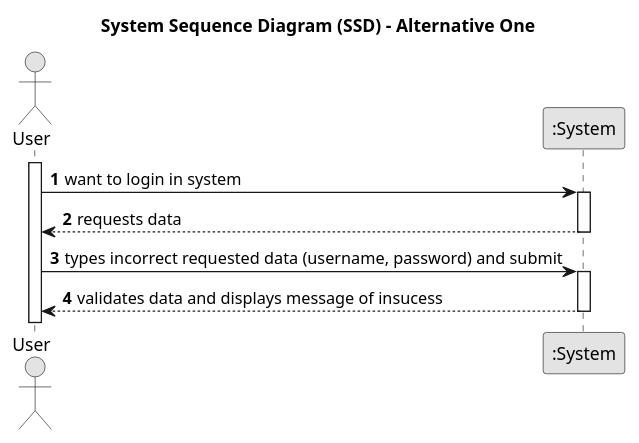
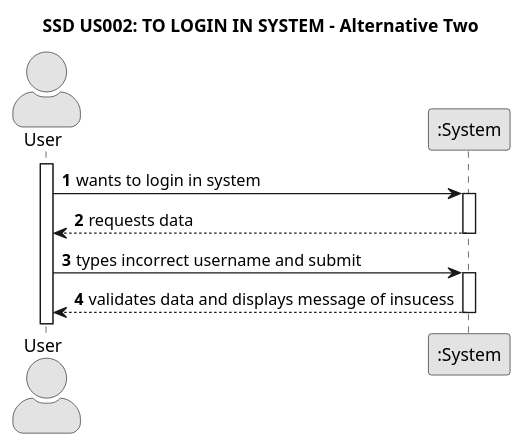
Before and after one commit to TiagoMagalhaes1232507/Testando-projeto: the diagram in docs/sprint01/us002/01.requirements-engineering/puml/us002-system-sequence-diagram-alternative-two.puml, drawn with PlantUML. The commit also changed 8 other files, not shown here.

```diff
--- a/docs/sprint01/us002/01.requirements-engineering/puml/us002-system-sequence-diagram-alternative-two.puml
+++ b/docs/sprint01/us002/01.requirements-engineering/puml/us002-system-sequence-diagram-alternative-two.puml
@@ -1,27 +1,29 @@
 @startuml
 skinparam monochrome true
 skinparam packageStyle rectangle
 skinparam shadowing false
+skinparam actorStyle awesome
 
-title System Sequence Diagram (SSD) - Alternative One
+
+title SSD US002: TO LOGIN IN SYSTEM - Alternative Two
 
 autonumber
 
 actor "User" as User
 participant ":System" as System
 
 activate User
 
-    User -> System : want to login in system
+    User -> System : wants to login in system
     activate System
 
         System --> User : requests data
     deactivate System
 
-    User -> System : types incorrect requested data (username, password) and submit
+    User -> System : types incorrect username and submit
     activate System
 
         System --> User :validates data and displays message of insucess
     deactivate System
 
 @enduml
```
